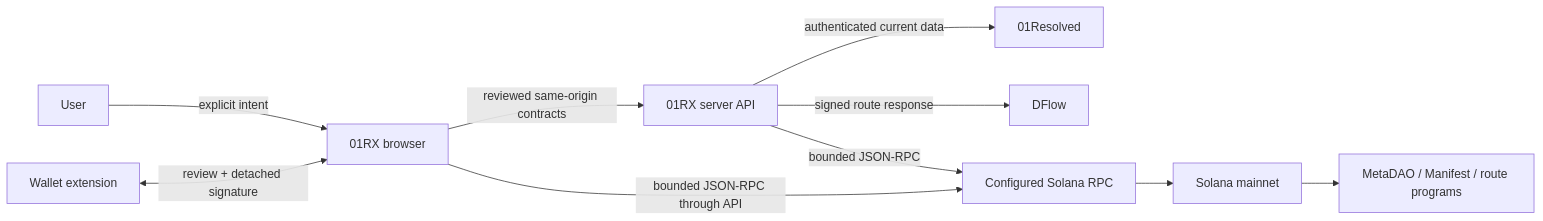
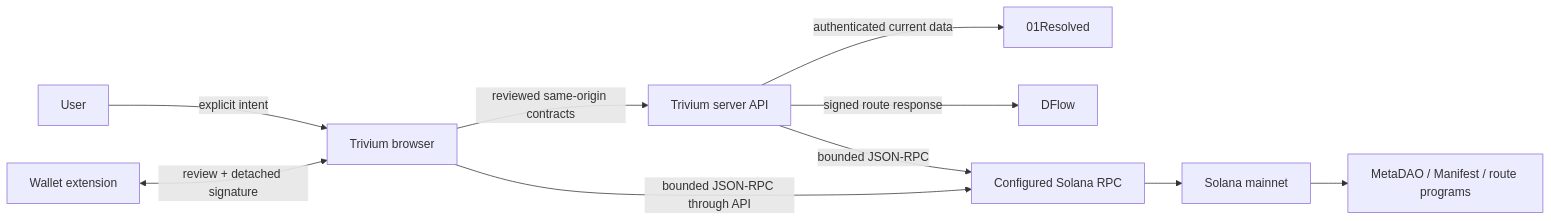
One commit to FewGoodCoins/01rx changed the diagram in docs/audits/control-matrix-v1.md. Above: the diagram before and after it, drawn with Mermaid. The commit also changed other lines of this file and 26 other files, not shown here.

Commit message:
Ship Trivium terminal and reviewed execution release

````diff
--- a/docs/audits/control-matrix-v1.md
+++ b/docs/audits/control-matrix-v1.md
@@ -19,12 +19,12 @@
 ```mermaid
 flowchart LR
-  User[User] -->|explicit intent| Browser[01RX browser]
+  User[User] -->|explicit intent| Browser[Trivium browser]
   Wallet[Wallet extension] <-->|review + detached signature| Browser
-  Browser -->|reviewed same-origin contracts| API[01RX server API]
+  Browser -->|reviewed same-origin contracts| API[Trivium server API]
   API -->|authenticated current data| Resolved[01Resolved]
   API -->|signed route response| DFlow[DFlow]
   API -->|bounded JSON-RPC| RPC[Configured Solana RPC]
   Browser -->|bounded JSON-RPC through API| RPC
   RPC --> Solana[Solana mainnet]
   Solana --> Programs[MetaDAO / Manifest / route programs]
 ```
````
